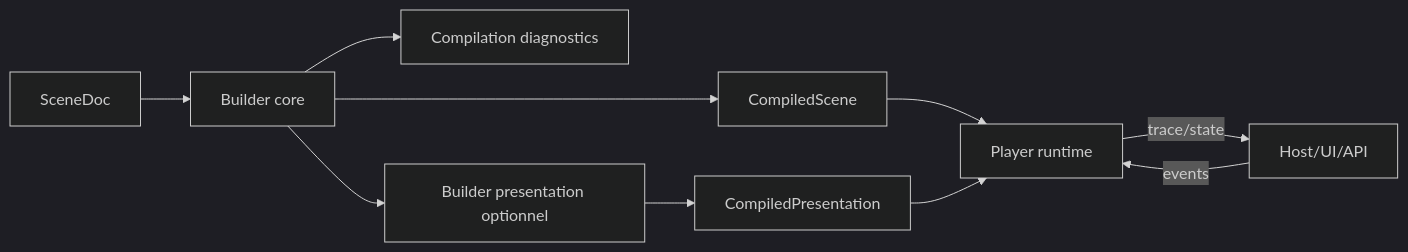
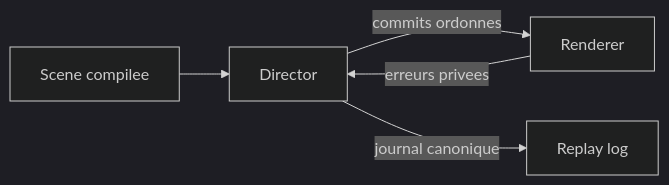
Before and after one commit to vitreene/codplay: the diagram in evolution/formalisation-modele/06-runtime-contract.md, drawn with Mermaid (dark theme). The commit also changed other lines of this file and 9 other files, not shown here.

````diff
--- a/evolution/formalisation-modele/06-runtime-contract.md
+++ b/evolution/formalisation-modele/06-runtime-contract.md
@@ -379,14 +194,7 @@
 ```mermaid
 flowchart LR
-  SD[SceneDoc] --> BC[Builder core]
-  BC --> CS[CompiledScene]
-  BC --> CD[Compilation diagnostics]
-  BC --> BP[Builder presentation optionnel]
-  BP --> CP[CompiledPresentation]
-
-  CS --> PR[Player runtime]
-  CP --> PR
-
-  H[Host/UI/API] -->|events| PR
-  PR -->|trace/state| H
+  SD[Scene compilee] --> DIR[Director]
+  DIR -->|commits ordonnes| REN[Renderer]
+  REN -->|erreurs privees| DIR
+  DIR -->|journal canonique| LOG[Replay log]
 ```
````
